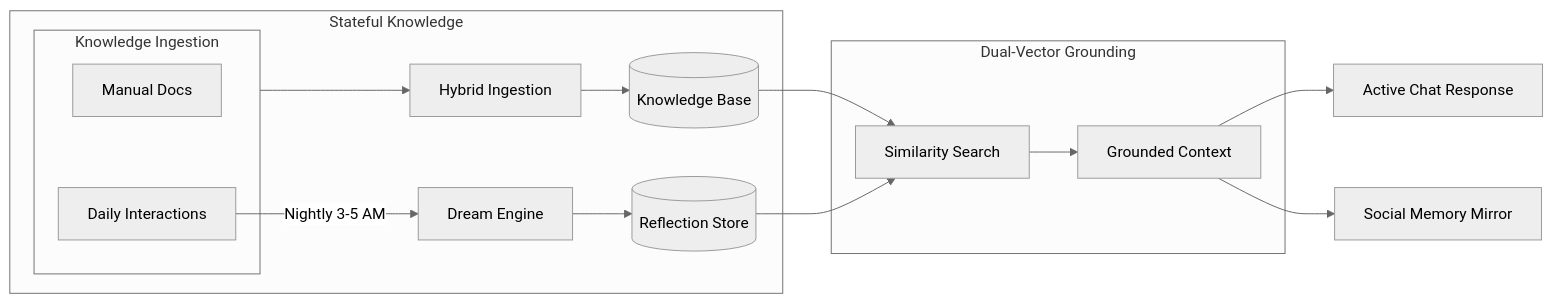
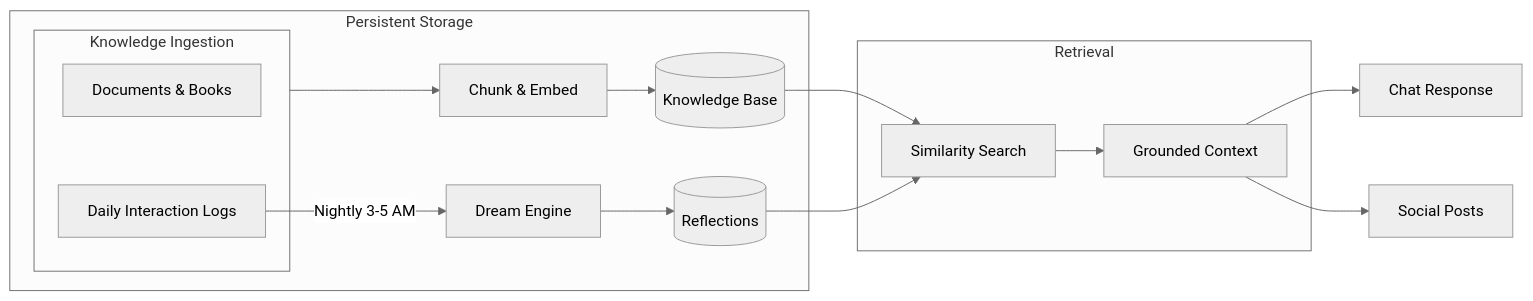
One commit to Ekco-S64QTN6/Kaiacord changed the second of 3 diagrams in README.md. Above: the diagram before and after it, drawn with Mermaid (neutral theme). The commit also changed other lines of this file and 95 other files, not shown here.

````diff
--- a/README.md
+++ b/README.md
@@ -109,25 +107,24 @@
 ```mermaid
 graph LR
-    subgraph Source ["Knowledge Ingestion"]
-        Docs[Manual Docs]
-        Logs[Daily Interactions]
+    subgraph Ingestion ["Knowledge Ingestion"]
+        Docs[Documents & Books]
+        Logs[Daily Interaction Logs]
     end
 
-    subgraph Storage ["Stateful Knowledge"]
-        Source --> Pipeline[Hybrid Ingestion]
+    subgraph Storage ["Persistent Storage"]
+        Ingestion --> Pipeline[Chunk & Embed]
         Pipeline --> KB[(Knowledge Base)]
-        
+
         Logs --"Nightly 3-5 AM"--> Dream[Dream Engine]
-        Dream --> Reflections[(Reflection Store)]
+        Dream --> Reflections[(Reflections)]
     end
 
-    subgraph Retrieval ["Dual-Vector Grounding"]
+    subgraph Retrieval ["Retrieval"]
         KB --> RAG[Similarity Search]
         Reflections --> RAG
         RAG --> Context[Grounded Context]
     end
 
-    Context --> Chat[Active Chat Response]
-    Context --> Social[Social Memory Mirror]
-    
+    Context --> Chat[Chat Response]
+    Context --> Social[Social Posts]
 ```
````
